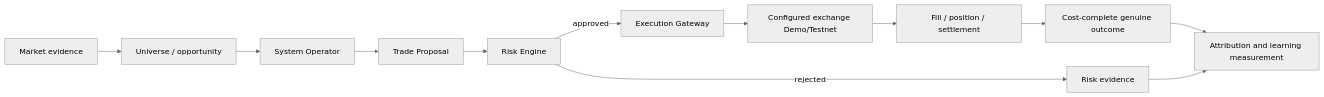
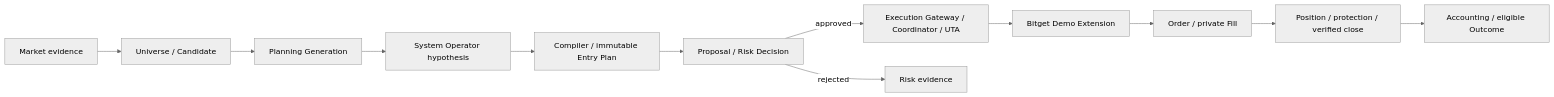
One commit to iridyne/aletheia changed the diagram in README.md. Above: the diagram before and after it, drawn with Mermaid (neutral theme). The commit also changed other lines of this file and 7 other files, not shown here.

````diff
--- a/README.md
+++ b/README.md
@@ -47,14 +54,14 @@
 ```mermaid
 flowchart LR
-    A[Market evidence] --> B[Universe / opportunity]
-    B --> C[System Operator]
-    C --> D[Trade Proposal]
-    D --> E[Risk Engine]
-    E -->|approved| F[Execution Gateway]
-    E -->|rejected| G[Risk evidence]
-    F --> H[Configured exchange Demo/Testnet]
-    H --> I[Fill / position / settlement]
-    I --> J[Cost-complete genuine outcome]
-    J --> K[Attribution and learning measurement]
-    G --> K
+    A[Market evidence] --> B[Universe / Candidate]
+    B --> C[Planning Generation]
+    C --> D[System Operator hypothesis]
+    D --> E[Compiler / immutable Entry Plan]
+    E --> F[Proposal / Risk Decision]
+    F -->|approved| G[Execution Gateway / Coordinator / UTA]
+    F -->|rejected| R[Risk evidence]
+    G --> H[Bitget Demo Extension]
+    H --> I[Order / private Fill]
+    I --> J[Position / protection / verified close]
+    J --> K[Accounting / eligible Outcome]
 ```
````
